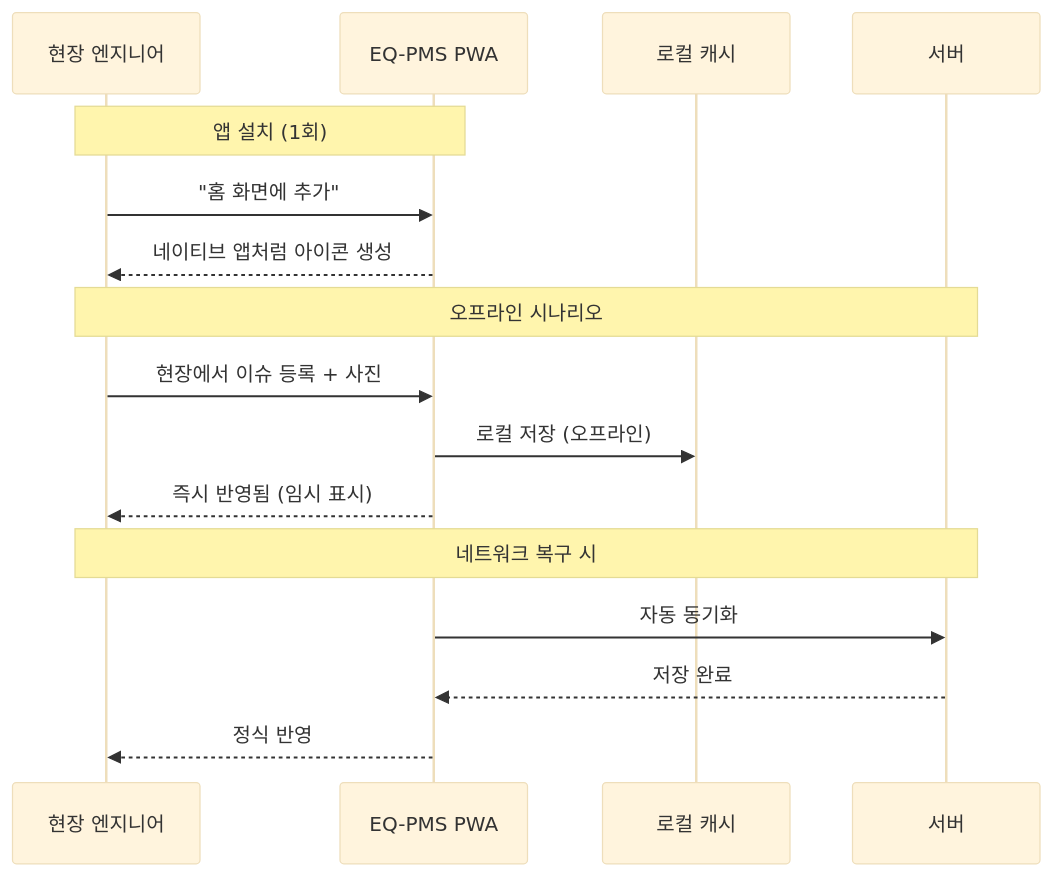
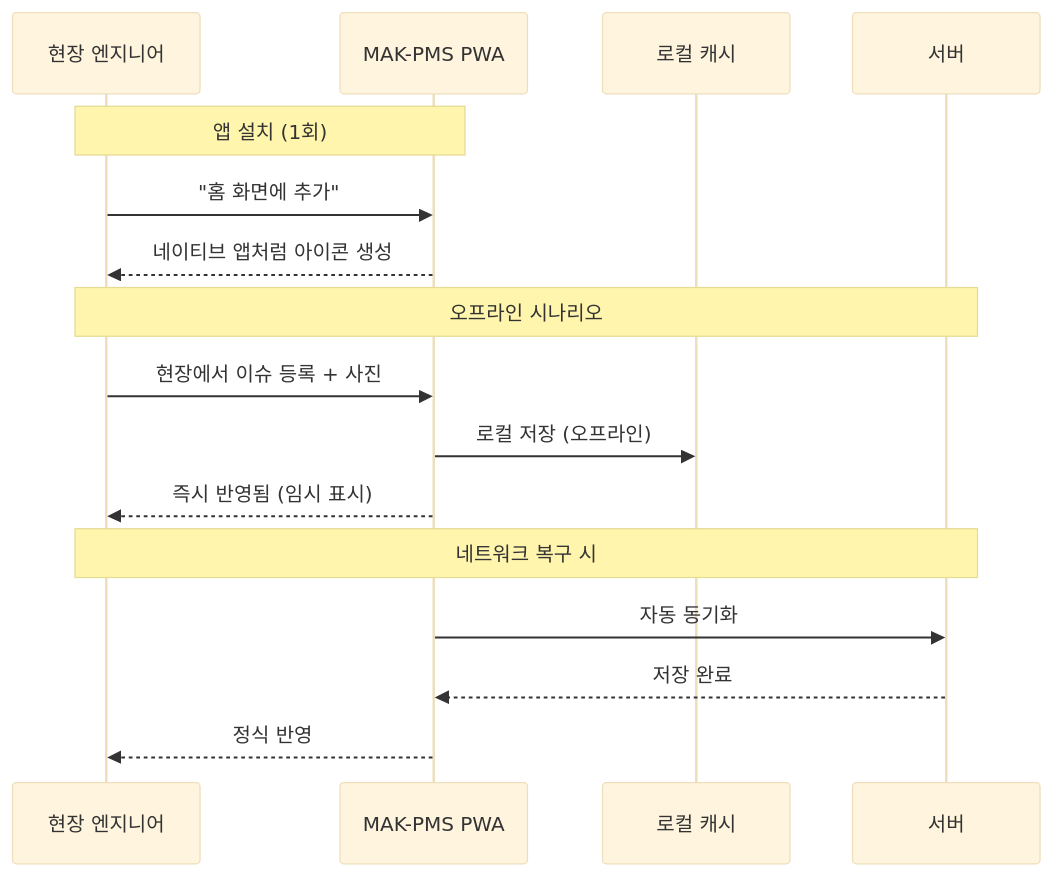
Before and after one commit to ygyun3937/eqpmsapp: diagram 12 of 20 in README.md, drawn with Mermaid (base theme). The commit also changed other lines of this file and 20 other files, not shown here.

First line of the commit message:
고객사 관리 + 회의록/노트 분리 + 서비스명 MAK-PMS 변경

````diff
--- a/README.md
+++ b/README.md
@@ -719,21 +719,21 @@
 ```mermaid
 sequenceDiagram
     participant U as 현장 엔지니어
-    participant App as EQ-PMS PWA
+    participant App as MAK-PMS PWA
     participant Cache as 로컬 캐시
     participant Server as 서버
 
     Note over U,App: 앱 설치 (1회)
     U->>App: "홈 화면에 추가"
     App-->>U: 네이티브 앱처럼 아이콘 생성
 
     Note over U,Server: 오프라인 시나리오
     U->>App: 현장에서 이슈 등록 + 사진
     App->>Cache: 로컬 저장 (오프라인)
     App-->>U: 즉시 반영됨 (임시 표시)
     
     Note over U,Server: 네트워크 복구 시
     App->>Server: 자동 동기화
     Server-->>App: 저장 완료
     App-->>U: 정식 반영
 ```
````
